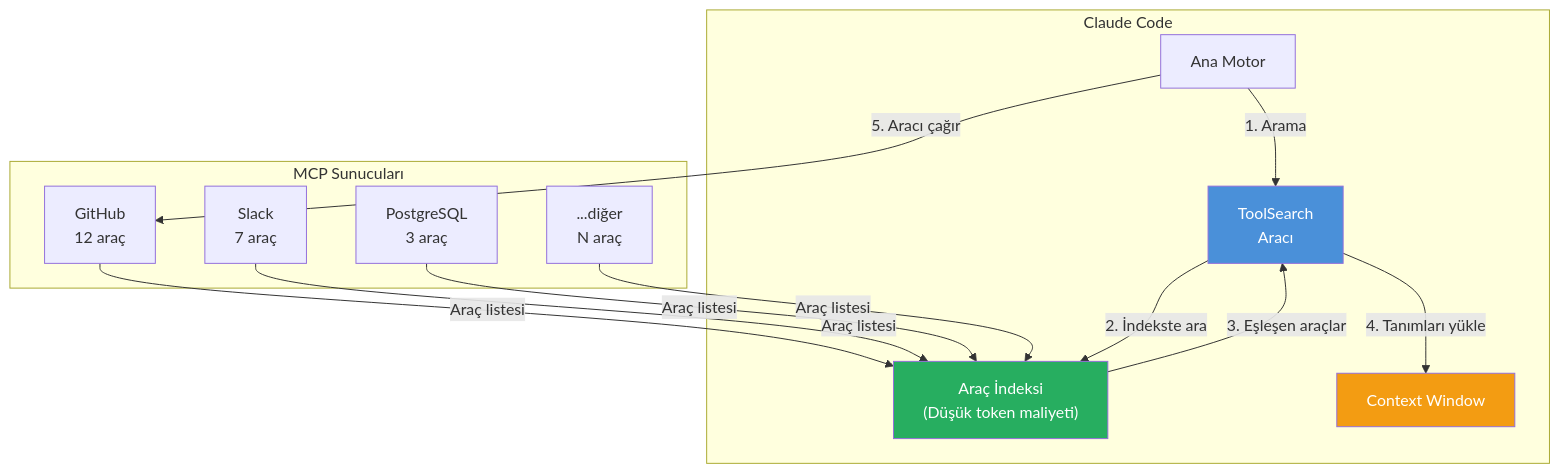
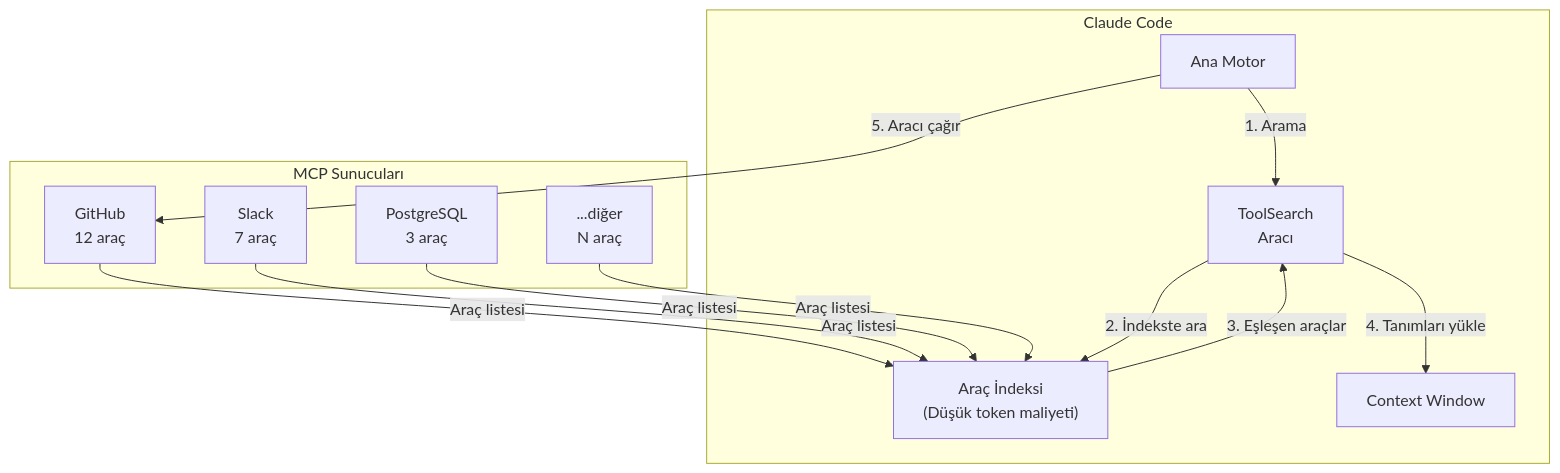
One commit to IzzetYasinAtes/ClaudeCodeHandbook changed the fifth of 5 diagrams in 11-mcp/04-mcp-tool-search.md. Above: the diagram before and after it, drawn with Mermaid. The commit also changed other lines of this file and 97 other files, not shown here.

Commit message:
Remove all custom Mermaid style/fill colors from 98 markdown files for consistent dark theme rendering

````diff
--- a/11-mcp/04-mcp-tool-search.md
+++ b/11-mcp/04-mcp-tool-search.md
@@ -300,31 +294,28 @@
 ```mermaid
 flowchart TD
     subgraph claudecode ["Claude Code"]
         CC["Ana Motor"]
         TS["ToolSearch<br/>Aracı"]
         IDX["Araç İndeksi<br/>(Düşük token maliyeti)"]
         CTX["Context Window"]
     end
 
     subgraph mcpservers ["MCP Sunucuları"]
         S1["GitHub<br/>12 araç"]
         S2["Slack<br/>7 araç"]
         S3["PostgreSQL<br/>3 araç"]
         S4["...diğer<br/>N araç"]
     end
 
     S1 -->|"Araç listesi"| IDX
     S2 -->|"Araç listesi"| IDX
     S3 -->|"Araç listesi"| IDX
     S4 -->|"Araç listesi"| IDX
 
     CC -->|"1. Arama"| TS
     TS -->|"2. İndekste ara"| IDX
     IDX -->|"3. Eşleşen araçlar"| TS
     TS -->|"4. Tanımları yükle"| CTX
     CC -->|"5. Aracı çağır"| S1
 
-    style TS fill:#4A90D9,color:#fff
-    style IDX fill:#27AE60,color:#fff
-    style CTX fill:#F39C12,color:#fff
 ```
````
